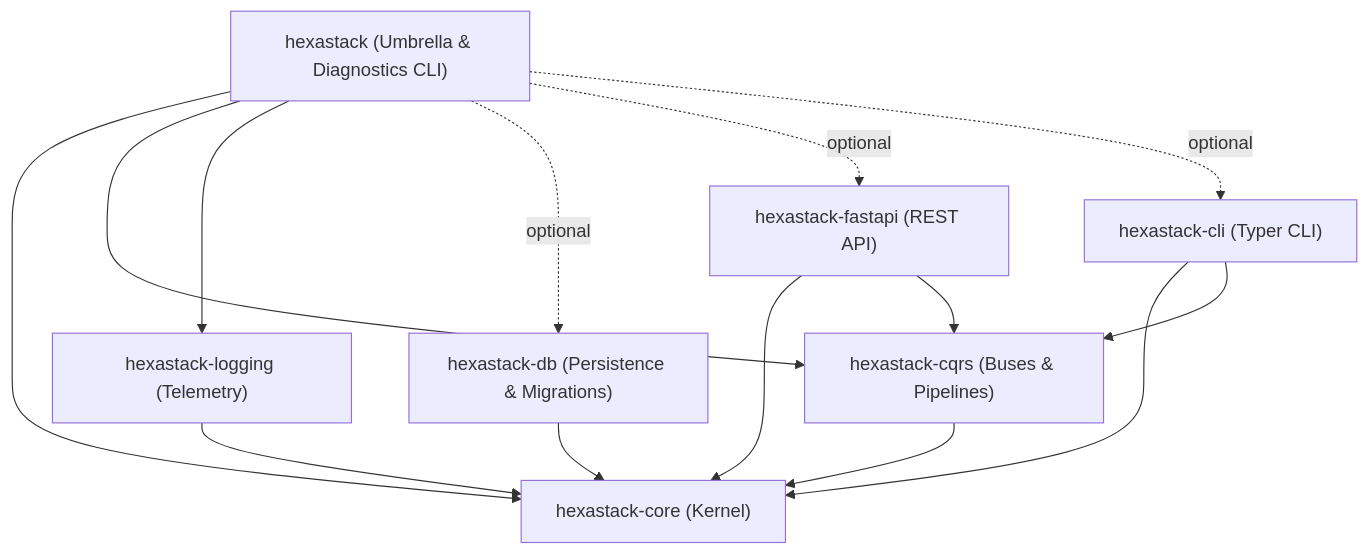
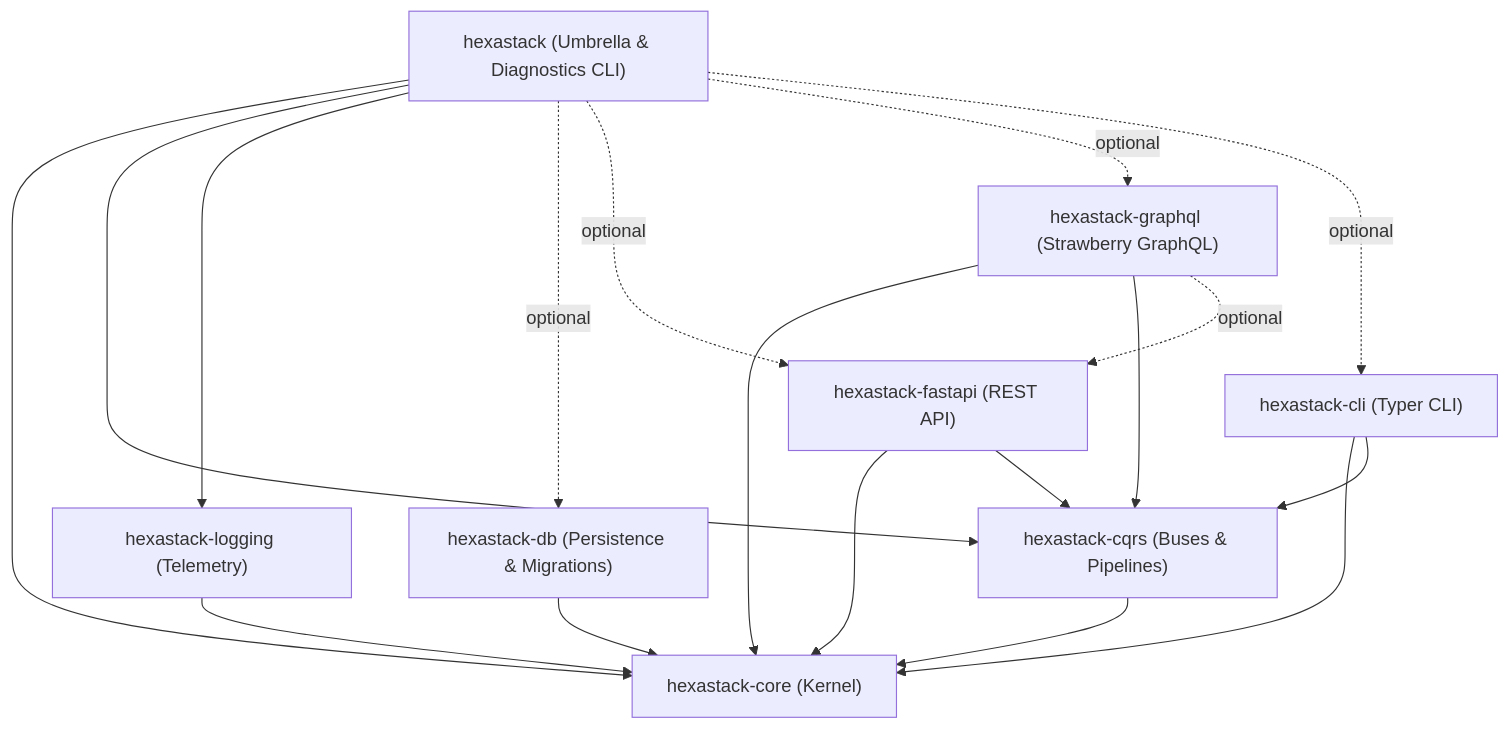
The second of 2 diagrams in README.md (TheTrueSCU/hexastack), drawn with Mermaid before and after one commit. The commit also changed other lines of this file and 25 other files, not shown here.

Commit message:
add hexastack-graphql with hexastack-fastapi extra

````diff
--- a/README.md
+++ b/README.md
@@ -62,26 +64,31 @@
 ```mermaid
 graph TD
     Umbrella["hexastack (Umbrella & Diagnostics CLI)"]
 
     Core["hexastack-core (Kernel)"]
     CQRS["hexastack-cqrs (Buses & Pipelines)"]
     Logging["hexastack-logging (Telemetry)"]
     DB["hexastack-db (Persistence & Migrations)"]
     FastAPI["hexastack-fastapi (REST API)"]
+    GraphQL["hexastack-graphql (Strawberry GraphQL)"]
     CLI["hexastack-cli (Typer CLI)"]
 
     Umbrella --> Core
     Umbrella --> CQRS
     Umbrella --> Logging
     Umbrella -. optional .-> DB
     Umbrella -. optional .-> FastAPI
+    Umbrella -. optional .-> GraphQL
     Umbrella -. optional .-> CLI
 
     CQRS --> Core
     Logging --> Core
     DB --> Core
     FastAPI --> Core
     FastAPI --> CQRS
+    GraphQL --> Core
+    GraphQL --> CQRS
+    GraphQL -. optional .-> FastAPI
     CLI --> Core
     CLI --> CQRS
 ```
````
